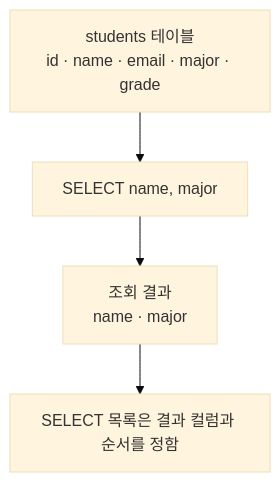
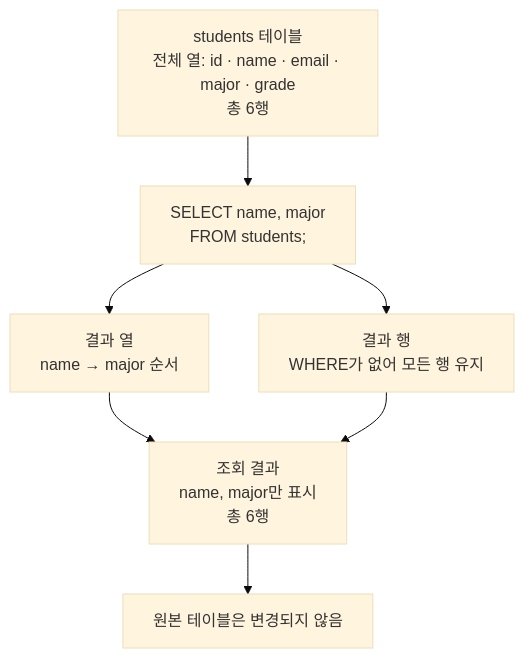
The diagram in images/chapter04/ch04_02_select_projection_flow.mmd (GilbertMoon/ai-database-book), drawn with Mermaid (base theme) before and after one commit. The commit also changed 19 other files, not shown here.

```diff
--- a/images/chapter04/ch04_02_select_projection_flow.mmd
+++ b/images/chapter04/ch04_02_select_projection_flow.mmd
@@ -1,6 +1,14 @@
 flowchart TD
-    A[students 테이블<br/>id · name · email · major · grade]
-    B[SELECT name, major]
-    C[조회 결과<br/>name · major]
-    D[SELECT 목록은 결과 컬럼과 순서를 정함]
-    A --> B --> C --> D
+    A[students 테이블<br/>전체 열: id · name · email · major · grade<br/>총 6행]
+    B[SELECT name, major<br/>FROM students;]
+    C[결과 열<br/>name → major 순서]
+    D[결과 행<br/>WHERE가 없어 모든 행 유지]
+    E[조회 결과<br/>name, major만 표시<br/>총 6행]
+    F[원본 테이블은 변경되지 않음]
+
+    A --> B
+    B --> C
+    B --> D
+    C --> E
+    D --> E
+    E --> F
```
